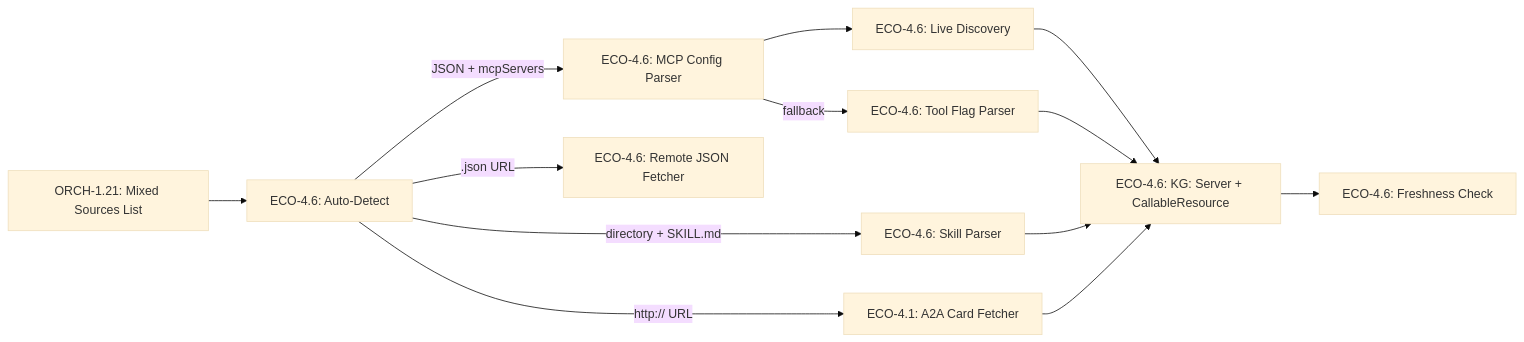
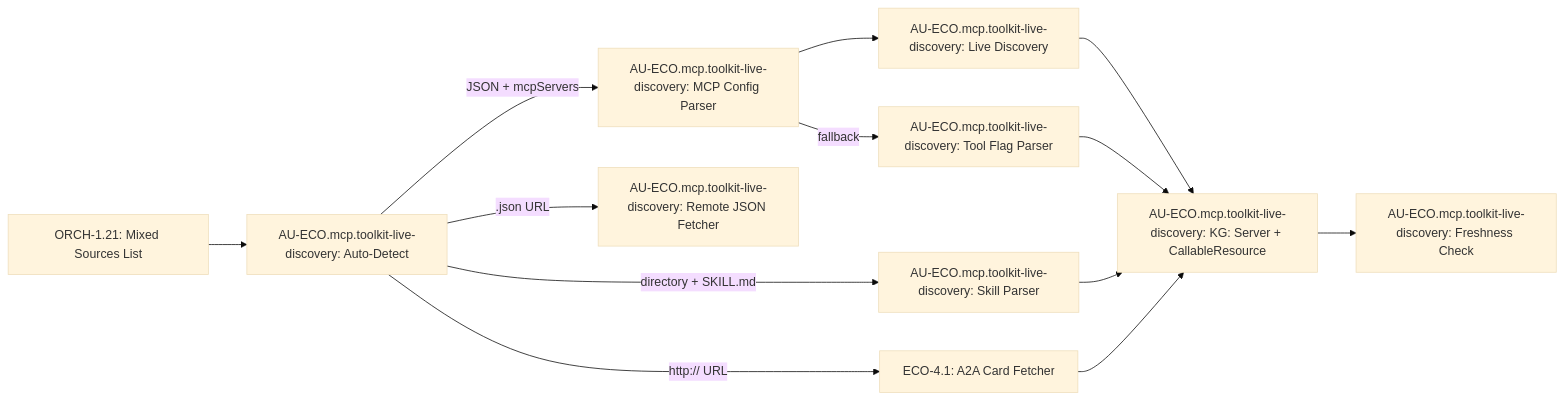
The diagram in docs/pillars/4_ecosystem_peripherals/ECO-4.6-Agent_Toolkit_Ingestor.md (Knuckles-Team/agent-utilities), drawn with Mermaid (base theme) before and after one commit. The commit also changed other lines of this file and 2324 other files, not shown here.

````diff
--- a/docs/pillars/4_ecosystem_peripherals/ECO-4.6-Agent_Toolkit_Ingestor.md
+++ b/docs/pillars/4_ecosystem_peripherals/ECO-4.6-Agent_Toolkit_Ingestor.md
@@ -28,15 +28,15 @@
 ```mermaid
 flowchart LR
-    SRC["ORCH-1.21: Mixed Sources List"] --> DETECT["ECO-4.6: Auto-Detect"]
-    DETECT -->|"JSON + mcpServers"| MCP["ECO-4.6: MCP Config Parser"]
-    DETECT -->|"directory + SKILL.md"| SKILL["ECO-4.6: Skill Parser"]
+    SRC["ORCH-1.21: Mixed Sources List"] --> DETECT["AU-ECO.mcp.toolkit-live-discovery: Auto-Detect"]
+    DETECT -->|"JSON + mcpServers"| MCP["AU-ECO.mcp.toolkit-live-discovery: MCP Config Parser"]
+    DETECT -->|"directory + SKILL.md"| SKILL["AU-ECO.mcp.toolkit-live-discovery: Skill Parser"]
     DETECT -->|"http:// URL"| A2A["ECO-4.1: A2A Card Fetcher"]
-    DETECT -->|".json URL"| REMOTE["ECO-4.6: Remote JSON Fetcher"]
-    MCP --> LIVE["ECO-4.6: Live Discovery"]
-    LIVE --> KG["ECO-4.6: KG: Server + CallableResource"]
-    MCP -->|"fallback"| FLAGS["ECO-4.6: Tool Flag Parser"]
+    DETECT -->|".json URL"| REMOTE["AU-ECO.mcp.toolkit-live-discovery: Remote JSON Fetcher"]
+    MCP --> LIVE["AU-ECO.mcp.toolkit-live-discovery: Live Discovery"]
+    LIVE --> KG["AU-ECO.mcp.toolkit-live-discovery: KG: Server + CallableResource"]
+    MCP -->|"fallback"| FLAGS["AU-ECO.mcp.toolkit-live-discovery: Tool Flag Parser"]
     FLAGS --> KG
     SKILL --> KG
     A2A --> KG
-    KG --> FRESH["ECO-4.6: Freshness Check"]
+    KG --> FRESH["AU-ECO.mcp.toolkit-live-discovery: Freshness Check"]
 ```
````
